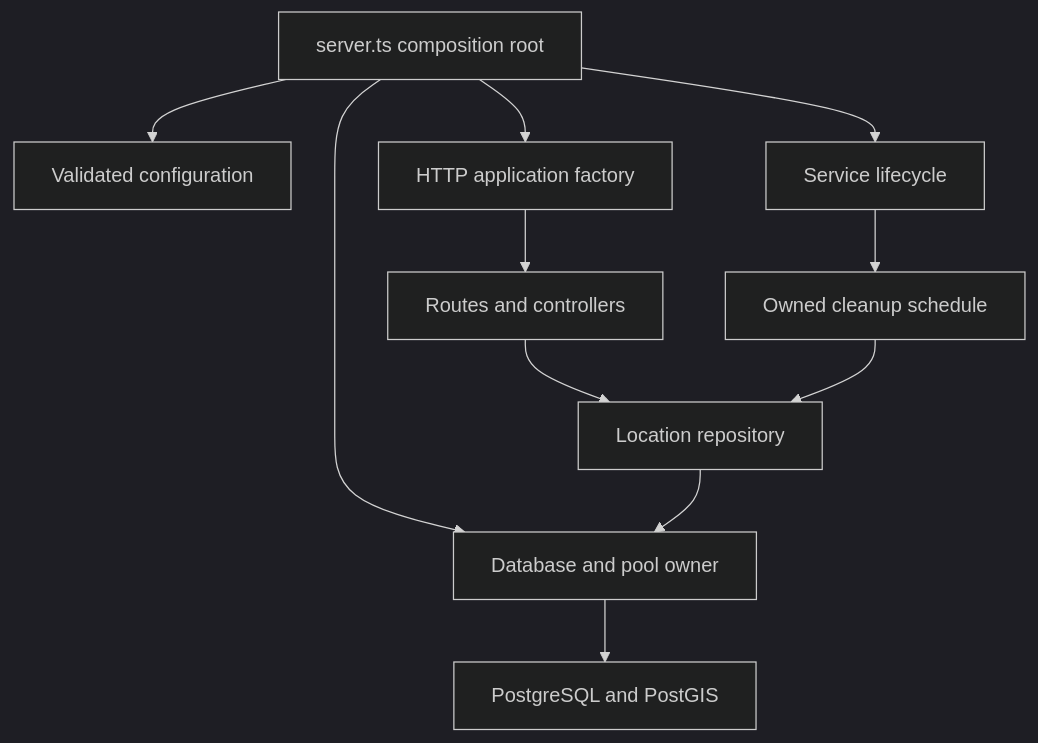
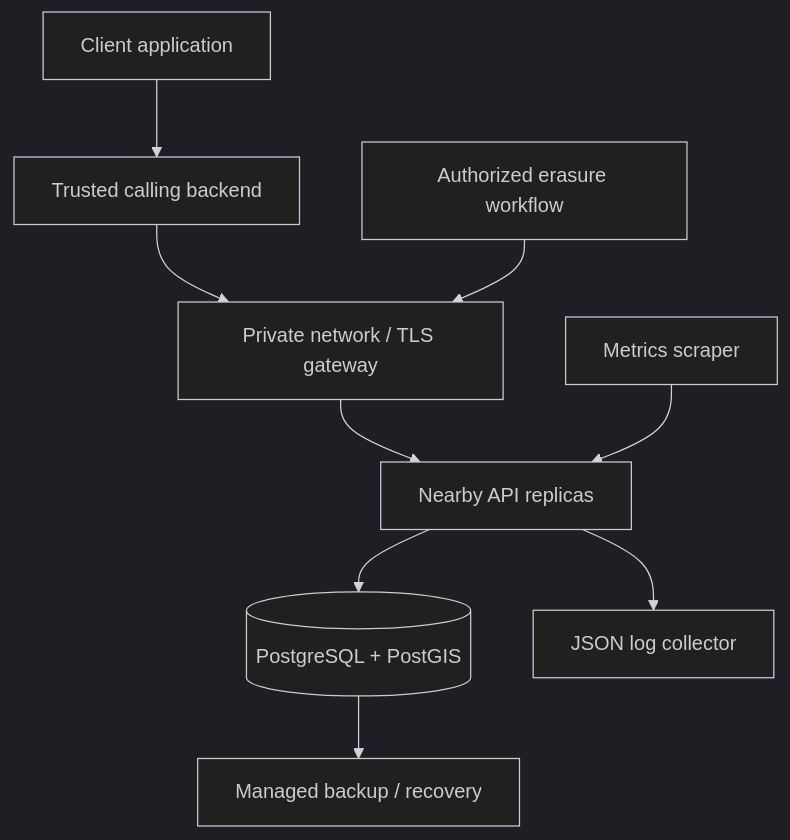
Before and after one commit to pouriya-sedaghat/nearby-location: the first of 6 diagrams in docs/ARCHITECTURE.md, drawn with Mermaid (dark theme). The commit also changed other lines of this file and 173 other files, not shown here.

First line of the commit message:
Release Nearby Location 2.14.0

````diff
--- a/docs/ARCHITECTURE.md
+++ b/docs/ARCHITECTURE.md
@@ -9,13 +9,11 @@
 ```mermaid
 flowchart TD
-    ENTRY["server.ts composition root"] --> CONFIG["Validated configuration"]
-    ENTRY --> APP["HTTP application factory"]
-    ENTRY --> DB["Database and pool owner"]
-    ENTRY --> LIFE["Service lifecycle"]
-    APP --> HANDLERS["Routes and controllers"]
-    HANDLERS --> REPO["Location repository"]
-    LIFE --> JOB["Owned cleanup schedule"]
-    JOB --> REPO
-    REPO --> DB
-    DB --> POSTGIS["PostgreSQL and PostGIS"]
+  Device["Client application"] --> Caller["Trusted calling backend"]
+  Caller --> Boundary["Private network / TLS gateway"]
+  Privacy["Authorized erasure workflow"] --> Boundary
+  Boundary --> API["Nearby API replicas"]
+  API --> DB[("PostgreSQL + PostGIS")]
+  Scraper["Metrics scraper"] --> API
+  API --> Logs["JSON log collector"]
+  DB --> Backups["Managed backup / recovery"]
 ```
````
